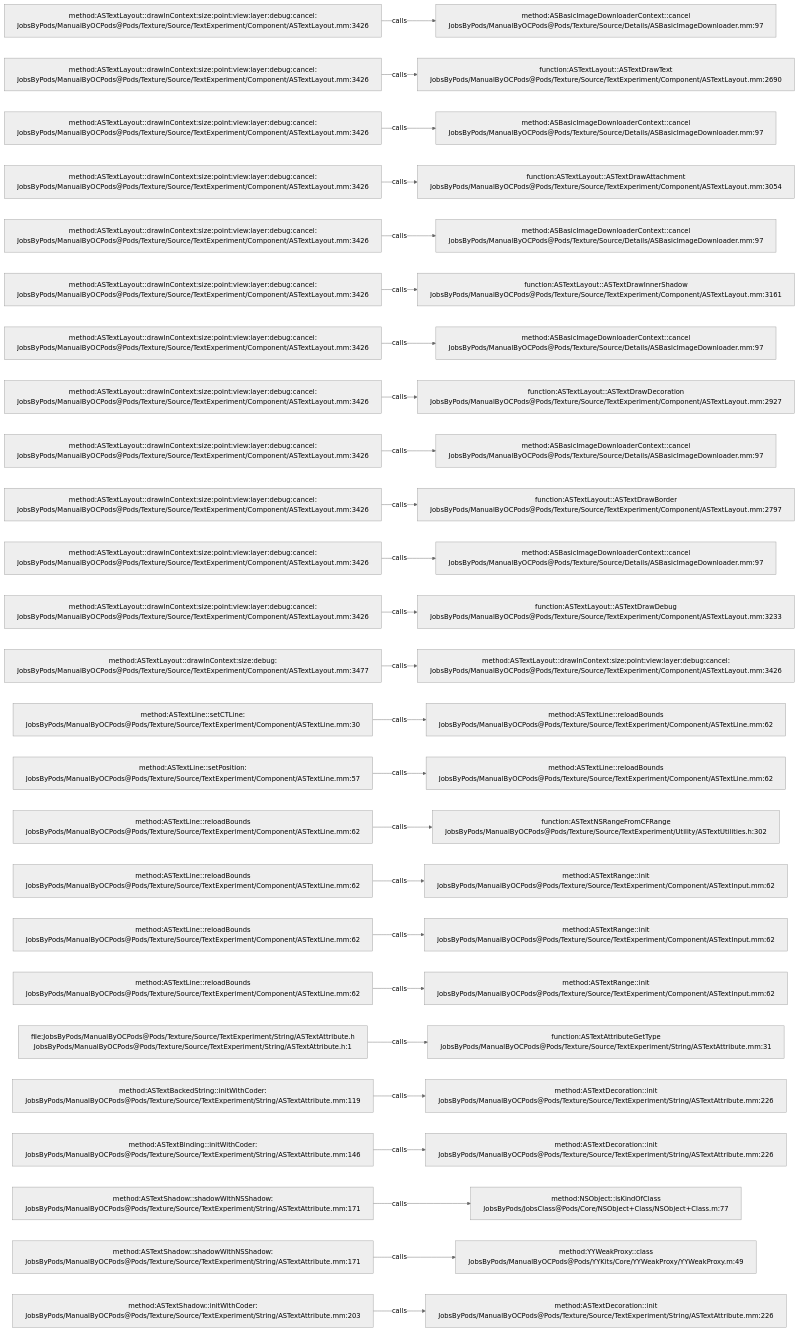
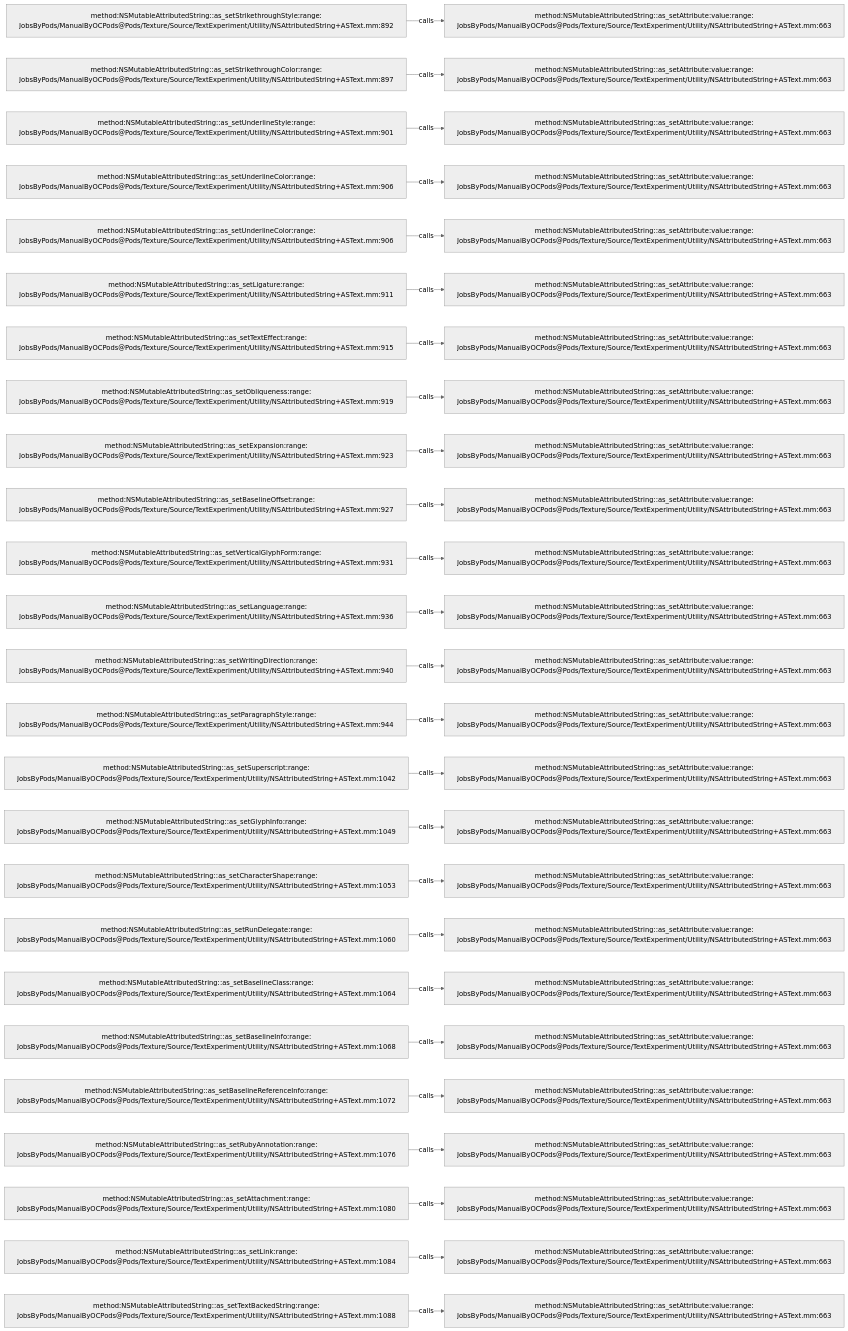
Before and after one commit to JobsKits/JobsOCBaseConfigDemo: the diagram in .codegraph/codegraph.md/graphs/calls-199.md, drawn with Mermaid (neutral theme). The commit also changed 2723 other files, not shown here.

````diff
--- a/.codegraph/codegraph.md/graphs/calls-199.md
+++ b/.codegraph/codegraph.md/graphs/calls-199.md
@@ -13,78 +13,78 @@
 ```mermaid
 flowchart LR
-  S1["method:ASTextLayout::drawInContext:size:point:view:layer:debug:cancel:<br/>JobsByPods/ManualByOCPods@Pods/Texture/Source/TextExperiment/Component/ASTextLayout.mm:3426"]
-  T1["method:ASBasicImageDownloaderContext::cancel<br/>JobsByPods/ManualByOCPods@Pods/Texture/Source/Details/ASBasicImageDownloader.mm:97"]
+  S1["method:NSMutableAttributedString::as_setStrikethroughStyle:range:<br/>JobsByPods/ManualByOCPods@Pods/Texture/Source/TextExperiment/Utility/NSAttributedString+ASText.mm:892"]
+  T1["method:NSMutableAttributedString::as_setAttribute:value:range:<br/>JobsByPods/ManualByOCPods@Pods/Texture/Source/TextExperiment/Utility/NSAttributedString+ASText.mm:663"]
   S1 -->|calls| T1
-  S2["method:ASTextLayout::drawInContext:size:point:view:layer:debug:cancel:<br/>JobsByPods/ManualByOCPods@Pods/Texture/Source/TextExperiment/Component/ASTextLayout.mm:3426"]
-  T2["function:ASTextLayout::ASTextDrawText<br/>JobsByPods/ManualByOCPods@Pods/Texture/Source/TextExperiment/Component/ASTextLayout.mm:2690"]
+  S2["method:NSMutableAttributedString::as_setStrikethroughColor:range:<br/>JobsByPods/ManualByOCPods@Pods/Texture/Source/TextExperiment/Utility/NSAttributedString+ASText.mm:897"]
+  T2["method:NSMutableAttributedString::as_setAttribute:value:range:<br/>JobsByPods/ManualByOCPods@Pods/Texture/Source/TextExperiment/Utility/NSAttributedString+ASText.mm:663"]
   S2 -->|calls| T2
-  S3["method:ASTextLayout::drawInContext:size:point:view:layer:debug:cancel:<br/>JobsByPods/ManualByOCPods@Pods/Texture/Source/TextExperiment/Component/ASTextLayout.mm:3426"]
-  T3["method:ASBasicImageDownloaderContext::cancel<br/>JobsByPods/ManualByOCPods@Pods/Texture/Source/Details/ASBasicImageDownloader.mm:97"]
+  S3["method:NSMutableAttributedString::as_setUnderlineStyle:range:<br/>JobsByPods/ManualByOCPods@Pods/Texture/Source/TextExperiment/Utility/NSAttributedString+ASText.mm:901"]
+  T3["method:NSMutableAttributedString::as_setAttribute:value:range:<br/>JobsByPods/ManualByOCPods@Pods/Texture/Source/TextExperiment/Utility/NSAttributedString+ASText.mm:663"]
   S3 -->|calls| T3
-  S4["method:ASTextLayout::drawInContext:size:point:view:layer:debug:cancel:<br/>JobsByPods/ManualByOCPods@Pods/Texture/Source/TextExperiment/Component/ASTextLayout.mm:3426"]
-  T4["function:ASTextLayout::ASTextDrawAttachment<br/>JobsByPods/ManualByOCPods@Pods/Texture/Source/TextExperiment/Component/ASTextLayout.mm:3054"]
+  S4["method:NSMutableAttributedString::as_setUnderlineColor:range:<br/>JobsByPods/ManualByOCPods@Pods/Texture/Source/TextExperiment/Utility/NSAttributedString+ASText.mm:906"]
+  T4["method:NSMutableAttributedString::as_setAttribute:value:range:<br/>JobsByPods/ManualByOCPods@Pods/Texture/Source/TextExperiment/Utility/NSAttributedString+ASText.mm:663"]
   S4 -->|calls| T4
-  S5["method:ASTextLayout::drawInContext:size:point:view:layer:debug:cancel:<br/>JobsByPods/ManualByOCPods@Pods/Texture/Source/TextExperiment/Component/ASTextLayout.mm:3426"]
-  T5["method:ASBasicImageDownloaderContext::cancel<br/>JobsByPods/ManualByOCPods@Pods/Texture/Source/Details/ASBasicImageDownloader.mm:97"]
+  S5["method:NSMutableAttributedString::as_setUnderlineColor:range:<br/>JobsByPods/ManualByOCPods@Pods/Texture/Source/TextExperiment/Utility/NSAttributedString+ASText.mm:906"]
+  T5["method:NSMutableAttributedString::as_setAttribute:value:range:<br/>JobsByPods/ManualByOCPods@Pods/Texture/Source/TextExperiment/Utility/NSAttributedString+ASText.mm:663"]
   S5 -->|calls| T5
-  S6["method:ASTextLayout::drawInContext:size:point:view:layer:debug:cancel:<br/>JobsByPods/ManualByOCPods@Pods/Texture/Source/TextExperiment/Component/ASTextLayout.mm:3426"]
-  T6["function:ASTextLayout::ASTextDrawInnerShadow<br/>JobsByPods/ManualByOCPods@Pods/Texture/Source/TextExperiment/Component/ASTextLayout.mm:3161"]
+  S6["method:NSMutableAttributedString::as_setLigature:range:<br/>JobsByPods/ManualByOCPods@Pods/Texture/Source/TextExperiment/Utility/NSAttributedString+ASText.mm:911"]
+  T6["method:NSMutableAttributedString::as_setAttribute:value:range:<br/>JobsByPods/ManualByOCPods@Pods/Texture/Source/TextExperiment/Utility/NSAttributedString+ASText.mm:663"]
   S6 -->|calls| T6
-  S7["method:ASTextLayout::drawInContext:size:point:view:layer:debug:cancel:<br/>JobsByPods/ManualByOCPods@Pods/Texture/Source/TextExperiment/Component/ASTextLayout.mm:3426"]
-  T7["method:ASBasicImageDownloaderContext::cancel<br/>JobsByPods/ManualByOCPods@Pods/Texture/Source/Details/ASBasicImageDownloader.mm:97"]
+  S7["method:NSMutableAttributedString::as_setTextEffect:range:<br/>JobsByPods/ManualByOCPods@Pods/Texture/Source/TextExperiment/Utility/NSAttributedString+ASText.mm:915"]
+  T7["method:NSMutableAttributedString::as_setAttribute:value:range:<br/>JobsByPods/ManualByOCPods@Pods/Texture/Source/TextExperiment/Utility/NSAttributedString+ASText.mm:663"]
   S7 -->|calls| T7
-  S8["method:ASTextLayout::drawInContext:size:point:view:layer:debug:cancel:<br/>JobsByPods/ManualByOCPods@Pods/Texture/Source/TextExperiment/Component/ASTextLayout.mm:3426"]
-  T8["function:ASTextLayout::ASTextDrawDecoration<br/>JobsByPods/ManualByOCPods@Pods/Texture/Source/TextExperiment/Component/ASTextLayout.mm:2927"]
+  S8["method:NSMutableAttributedString::as_setObliqueness:range:<br/>JobsByPods/ManualByOCPods@Pods/Texture/Source/TextExperiment/Utility/NSAttributedString+ASText.mm:919"]
+  T8["method:NSMutableAttributedString::as_setAttribute:value:range:<br/>JobsByPods/ManualByOCPods@Pods/Texture/Source/TextExperiment/Utility/NSAttributedString+ASText.mm:663"]
   S8 -->|calls| T8
-  S9["method:ASTextLayout::drawInContext:size:point:view:layer:debug:cancel:<br/>JobsByPods/ManualByOCPods@Pods/Texture/Source/TextExperiment/Component/ASTextLayout.mm:3426"]
-  T9["method:ASBasicImageDownloaderContext::cancel<br/>JobsByPods/ManualByOCPods@Pods/Texture/Source/Details/ASBasicImageDownloader.mm:97"]
+  S9["method:NSMutableAttributedString::as_setExpansion:range:<br/>JobsByPods/ManualByOCPods@Pods/Texture/Source/TextExperiment/Utility/NSAttributedString+ASText.mm:923"]
+  T9["method:NSMutableAttributedString::as_setAttribute:value:range:<br/>JobsByPods/ManualByOCPods@Pods/Texture/Source/TextExperiment/Utility/NSAttributedString+ASText.mm:663"]
   S9 -->|calls| T9
-  S10["method:ASTextLayout::drawInContext:size:point:view:layer:debug:cancel:<br/>JobsByPods/ManualByOCPods@Pods/Texture/Source/TextExperiment/Component/ASTextLayout.mm:3426"]
-  T10["function:ASTextLayout::ASTextDrawBorder<br/>JobsByPods/ManualByOCPods@Pods/Texture/Source/TextExperiment/Component/ASTextLayout.mm:2797"]
+  S10["method:NSMutableAttributedString::as_setBaselineOffset:range:<br/>JobsByPods/ManualByOCPods@Pods/Texture/Source/TextExperiment/Utility/NSAttributedString+ASText.mm:927"]
+  T10["method:NSMutableAttributedString::as_setAttribute:value:range:<br/>JobsByPods/ManualByOCPods@Pods/Texture/Source/TextExperiment/Utility/NSAttributedString+ASText.mm:663"]
   S10 -->|calls| T10
-  S11["method:ASTextLayout::drawInContext:size:point:view:layer:debug:cancel:<br/>JobsByPods/ManualByOCPods@Pods/Texture/Source/TextExperiment/Component/ASTextLayout.mm:3426"]
-  T11["method:ASBasicImageDownloaderContext::cancel<br/>JobsByPods/ManualByOCPods@Pods/Texture/Source/Details/ASBasicImageDownloader.mm:97"]
+  S11["method:NSMutableAttributedString::as_setVerticalGlyphForm:range:<br/>JobsByPods/ManualByOCPods@Pods/Texture/Source/TextExperiment/Utility/NSAttributedString+ASText.mm:931"]
+  T11["method:NSMutableAttributedString::as_setAttribute:value:range:<br/>JobsByPods/ManualByOCPods@Pods/Texture/Source/TextExperiment/Utility/NSAttributedString+ASText.mm:663"]
   S11 -->|calls| T11
-  S12["method:ASTextLayout::drawInContext:size:point:view:layer:debug:cancel:<br/>JobsByPods/ManualByOCPods@Pods/Texture/Source/TextExperiment/Component/ASTextLayout.mm:3426"]
-  T12["function:ASTextLayout::ASTextDrawDebug<br/>JobsByPods/ManualByOCPods@Pods/Texture/Source/TextExperiment/Component/ASTextLayout.mm:3233"]
+  S12["method:NSMutableAttributedString::as_setLanguage:range:<br/>JobsByPods/ManualByOCPods@Pods/Texture/Source/TextExperiment/Utility/NSAttributedString+ASText.mm:936"]
+  T12["method:NSMutableAttributedString::as_setAttribute:value:range:<br/>JobsByPods/ManualByOCPods@Pods/Texture/Source/TextExperiment/Utility/NSAttributedString+ASText.mm:663"]
   S12 -->|calls| T12
-  S13["method:ASTextLayout::drawInContext:size:debug:<br/>JobsByPods/ManualByOCPods@Pods/Texture/Source/TextExperiment/Component/ASTextLayout.mm:3477"]
-  T13["method:ASTextLayout::drawInContext:size:point:view:layer:debug:cancel:<br/>JobsByPods/ManualByOCPods@Pods/Texture/Source/TextExperiment/Component/ASTextLayout.mm:3426"]
+  S13["method:NSMutableAttributedString::as_setWritingDirection:range:<br/>JobsByPods/ManualByOCPods@Pods/Texture/Source/TextExperiment/Utility/NSAttributedString+ASText.mm:940"]
+  T13["method:NSMutableAttributedString::as_setAttribute:value:range:<br/>JobsByPods/ManualByOCPods@Pods/Texture/Source/TextExperiment/Utility/NSAttributedString+ASText.mm:663"]
   S13 -->|calls| T13
-  S14["method:ASTextLine::setCTLine:<br/>JobsByPods/ManualByOCPods@Pods/Texture/Source/TextExperiment/Component/ASTextLine.mm:30"]
-  T14["method:ASTextLine::reloadBounds<br/>JobsByPods/ManualByOCPods@Pods/Texture/Source/TextExperiment/Component/ASTextLine.mm:62"]
+  S14["method:NSMutableAttributedString::as_setParagraphStyle:range:<br/>JobsByPods/ManualByOCPods@Pods/Texture/Source/TextExperiment/Utility/NSAttributedString+ASText.mm:944"]
+  T14["method:NSMutableAttributedString::as_setAttribute:value:range:<br/>JobsByPods/ManualByOCPods@Pods/Texture/Source/TextExperiment/Utility/NSAttributedString+ASText.mm:663"]
   S14 -->|calls| T14
-  S15["method:ASTextLine::setPosition:<br/>JobsByPods/ManualByOCPods@Pods/Texture/Source/TextExperiment/Component/ASTextLine.mm:57"]
-  T15["method:ASTextLine::reloadBounds<br/>JobsByPods/ManualByOCPods@Pods/Texture/Source/TextExperiment/Component/ASTextLine.mm:62"]
+  S15["method:NSMutableAttributedString::as_setSuperscript:range:<br/>JobsByPods/ManualByOCPods@Pods/Texture/Source/TextExperiment/Utility/NSAttributedString+ASText.mm:1042"]
+  T15["method:NSMutableAttributedString::as_setAttribute:value:range:<br/>JobsByPods/ManualByOCPods@Pods/Texture/Source/TextExperiment/Utility/NSAttributedString+ASText.mm:663"]
   S15 -->|calls| T15
-  S16["method:ASTextLine::reloadBounds<br/>JobsByPods/ManualByOCPods@Pods/Texture/Source/TextExperiment/Component/ASTextLine.mm:62"]
-  T16["function:ASTextNSRangeFromCFRange<br/>JobsByPods/ManualByOCPods@Pods/Texture/Source/TextExperiment/Utility/ASTextUtilities.h:302"]
+  S16["method:NSMutableAttributedString::as_setGlyphInfo:range:<br/>JobsByPods/ManualByOCPods@Pods/Texture/Source/TextExperiment/Utility/NSAttributedString+ASText.mm:1049"]
+  T16["method:NSMutableAttributedString::as_setAttribute:value:range:<br/>JobsByPods/ManualByOCPods@Pods/Texture/Source/TextExperiment/Utility/NSAttributedString+ASText.mm:663"]
   S16 -->|calls| T16
-  S17["method:ASTextLine::reloadBounds<br/>JobsByPods/ManualByOCPods@Pods/Texture/Source/TextExperiment/Component/ASTextLine.mm:62"]
-  T17["method:ASTextRange::init<br/>JobsByPods/ManualByOCPods@Pods/Texture/Source/TextExperiment/Component/ASTextInput.mm:62"]
+  S17["method:NSMutableAttributedString::as_setCharacterShape:range:<br/>JobsByPods/ManualByOCPods@Pods/Texture/Source/TextExperiment/Utility/NSAttributedString+ASText.mm:1053"]
+  T17["method:NSMutableAttributedString::as_setAttribute:value:range:<br/>JobsByPods/ManualByOCPods@Pods/Texture/Source/TextExperiment/Utility/NSAttributedString+ASText.mm:663"]
   S17 -->|calls| T17
-  S18["method:ASTextLine::reloadBounds<br/>JobsByPods/ManualByOCPods@Pods/Texture/Source/TextExperiment/Component/ASTextLine.mm:62"]
-  T18["method:ASTextRange::init<br/>JobsByPods/ManualByOCPods@Pods/Texture/Source/TextExperiment/Component/ASTextInput.mm:62"]
+  S18["method:NSMutableAttributedString::as_setRunDelegate:range:<br/>JobsByPods/ManualByOCPods@Pods/Texture/Source/TextExperiment/Utility/NSAttributedString+ASText.mm:1060"]
+  T18["method:NSMutableAttributedString::as_setAttribute:value:range:<br/>JobsByPods/ManualByOCPods@Pods/Texture/Source/TextExperiment/Utility/NSAttributedString+ASText.mm:663"]
   S18 -->|calls| T18
-  S19["method:ASTextLine::reloadBounds<br/>JobsByPods/ManualByOCPods@Pods/Texture/Source/TextExperiment/Component/ASTextLine.mm:62"]
-  T19["method:ASTextRange::init<br/>JobsByPods/ManualByOCPods@Pods/Texture/Source/TextExperiment/Component/ASTextInput.mm:62"]
+  S19["method:NSMutableAttributedString::as_setBaselineClass:range:<br/>JobsByPods/ManualByOCPods@Pods/Texture/Source/TextExperiment/Utility/NSAttributedString+ASText.mm:1064"]
+  T19["method:NSMutableAttributedString::as_setAttribute:value:range:<br/>JobsByPods/ManualByOCPods@Pods/Texture/Source/TextExperiment/Utility/NSAttributedString+ASText.mm:663"]
   S19 -->|calls| T19
-  S20["file:JobsByPods/ManualByOCPods@Pods/Texture/Source/TextExperiment/String/ASTextAttribute.h<br/>JobsByPods/ManualByOCPods@Pods/Texture/Source/TextExperiment/String/ASTextAttribute.h:1"]
-  T20["function:ASTextAttributeGetType<br/>JobsByPods/ManualByOCPods@Pods/Texture/Source/TextExperiment/String/ASTextAttribute.mm:31"]
+  S20["method:NSMutableAttributedString::as_setBaselineInfo:range:<br/>JobsByPods/ManualByOCPods@Pods/Texture/Source/TextExperiment/Utility/NSAttributedString+ASText.mm:1068"]
+  T20["method:NSMutableAttributedString::as_setAttribute:value:range:<br/>JobsByPods/ManualByOCPods@Pods/Texture/Source/TextExperiment/Utility/NSAttributedString+ASText.mm:663"]
   S20 -->|calls| T20
-  S21["method:ASTextBackedString::initWithCoder:<br/>JobsByPods/ManualByOCPods@Pods/Texture/Source/TextExperiment/String/ASTextAttribute.mm:119"]
-  T21["method:ASTextDecoration::init<br/>JobsByPods/ManualByOCPods@Pods/Texture/Source/TextExperiment/String/ASTextAttribute.mm:226"]
+  S21["method:NSMutableAttributedString::as_setBaselineReferenceInfo:range:<br/>JobsByPods/ManualByOCPods@Pods/Texture/Source/TextExperiment/Utility/NSAttributedString+ASText.mm:1072"]
+  T21["method:NSMutableAttributedString::as_setAttribute:value:range:<br/>JobsByPods/ManualByOCPods@Pods/Texture/Source/TextExperiment/Utility/NSAttributedString+ASText.mm:663"]
   S21 -->|calls| T21
-  S22["method:ASTextBinding::initWithCoder:<br/>JobsByPods/ManualByOCPods@Pods/Texture/Source/TextExperiment/String/ASTextAttribute.mm:146"]
-  T22["method:ASTextDecoration::init<br/>JobsByPods/ManualByOCPods@Pods/Texture/Source/TextExperiment/String/ASTextAttribute.mm:226"]
+  S22["method:NSMutableAttributedString::as_setRubyAnnotation:range:<br/>JobsByPods/ManualByOCPods@Pods/Texture/Source/TextExperiment/Utility/NSAttributedString+ASText.mm:1076"]
+  T22["method:NSMutableAttributedString::as_setAttribute:value:range:<br/>JobsByPods/ManualByOCPods@Pods/Texture/Source/TextExperiment/Utility/NSAttributedString+ASText.mm:663"]
   S22 -->|calls| T22
-  S23["method:ASTextShadow::shadowWithNSShadow:<br/>JobsByPods/ManualByOCPods@Pods/Texture/Source/TextExperiment/String/ASTextAttribute.mm:171"]
-  T23["method:NSObject::isKindOfClass<br/>JobsByPods/JobsClass@Pods/Core/NSObject+Class/NSObject+Class.m:77"]
+  S23["method:NSMutableAttributedString::as_setAttachment:range:<br/>JobsByPods/ManualByOCPods@Pods/Texture/Source/TextExperiment/Utility/NSAttributedString+ASText.mm:1080"]
+  T23["method:NSMutableAttributedString::as_setAttribute:value:range:<br/>JobsByPods/ManualByOCPods@Pods/Texture/Source/TextExperiment/Utility/NSAttributedString+ASText.mm:663"]
   S23 -->|calls| T23
-  S24["method:ASTextShadow::shadowWithNSShadow:<br/>JobsByPods/ManualByOCPods@Pods/Texture/Source/TextExperiment/String/ASTextAttribute.mm:171"]
-  T24["method:YYWeakProxy::class<br/>JobsByPods/ManualByOCPods@Pods/YYKits/Core/YYWeakProxy/YYWeakProxy.m:49"]
+  S24["method:NSMutableAttributedString::as_setLink:range:<br/>JobsByPods/ManualByOCPods@Pods/Texture/Source/TextExperiment/Utility/NSAttributedString+ASText.mm:1084"]
+  T24["method:NSMutableAttributedString::as_setAttribute:value:range:<br/>JobsByPods/ManualByOCPods@Pods/Texture/Source/TextExperiment/Utility/NSAttributedString+ASText.mm:663"]
   S24 -->|calls| T24
-  S25["method:ASTextShadow::initWithCoder:<br/>JobsByPods/ManualByOCPods@Pods/Texture/Source/TextExperiment/String/ASTextAttribute.mm:203"]
-  T25["method:ASTextDecoration::init<br/>JobsByPods/ManualByOCPods@Pods/Texture/Source/TextExperiment/String/ASTextAttribute.mm:226"]
+  S25["method:NSMutableAttributedString::as_setTextBackedString:range:<br/>JobsByPods/ManualByOCPods@Pods/Texture/Source/TextExperiment/Utility/NSAttributedString+ASText.mm:1088"]
+  T25["method:NSMutableAttributedString::as_setAttribute:value:range:<br/>JobsByPods/ManualByOCPods@Pods/Texture/Source/TextExperiment/Utility/NSAttributedString+ASText.mm:663"]
   S25 -->|calls| T25
 ```
````
